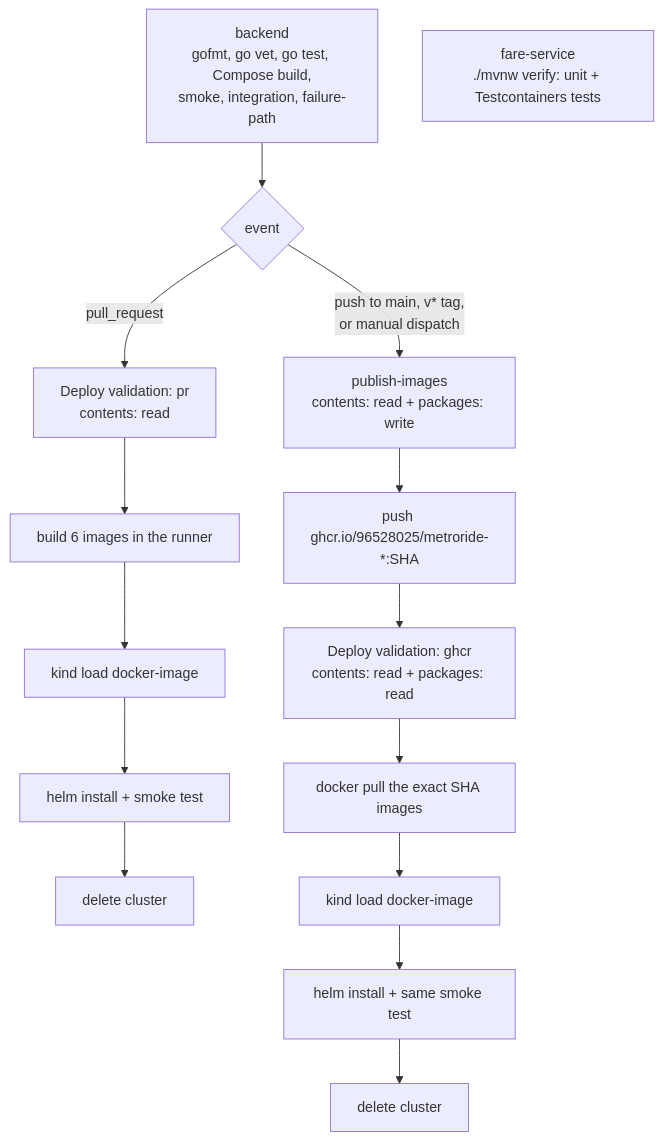
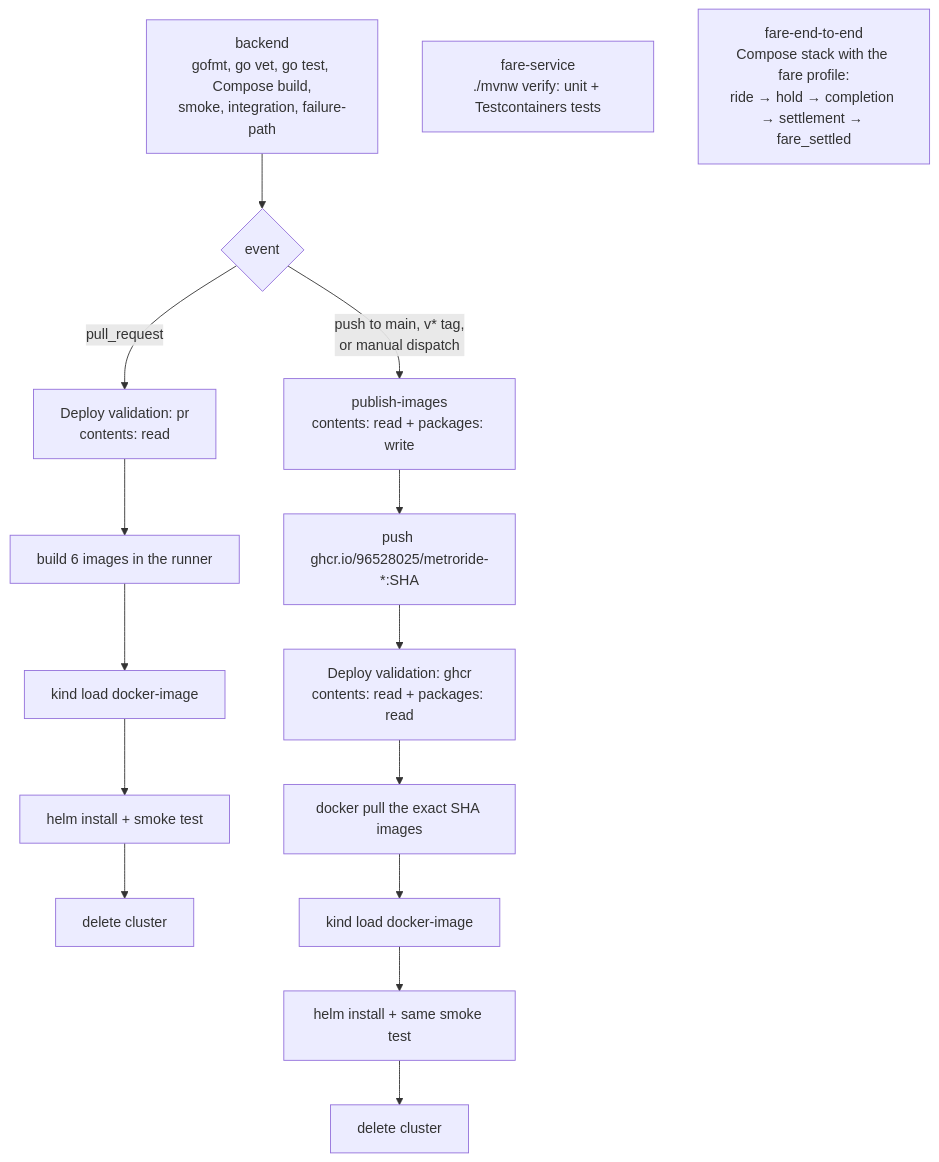
One commit to 96528025/MetroRide changed the diagram in docs/cicd.md. Above: the diagram before and after it, drawn with Mermaid. The commit also changed other lines of this file and 7 other files, not shown here.

````diff
--- a/docs/cicd.md
+++ b/docs/cicd.md
@@ -23,19 +23,20 @@
 ```mermaid
 flowchart TD
     A[backend<br/>gofmt, go vet, go test, Compose build,<br/>smoke, integration, failure-path] --> B{event}
     F[fare-service<br/>./mvnw verify: unit + Testcontainers tests]
+    G[fare-end-to-end<br/>Compose stack with the fare profile:<br/>ride → hold → completion → settlement → fare_settled]
 
     B -->|pull_request| C[Deploy validation: pr<br/>contents: read]
     C --> C1[build 6 images in the runner]
     C1 --> C2[kind load docker-image]
     C2 --> C3[helm install + smoke test]
     C3 --> C4[delete cluster]
 
     B -->|push to main, v* tag,<br/>or manual dispatch| D[publish-images<br/>contents: read + packages: write]
     D --> D1[push ghcr.io/96528025/metroride-*:SHA]
     D1 --> E[Deploy validation: ghcr<br/>contents: read + packages: read]
     E --> E1[docker pull the exact SHA images]
     E1 --> E2[kind load docker-image]
     E2 --> E3[helm install + same smoke test]
     E3 --> E4[delete cluster]
 ```
````
